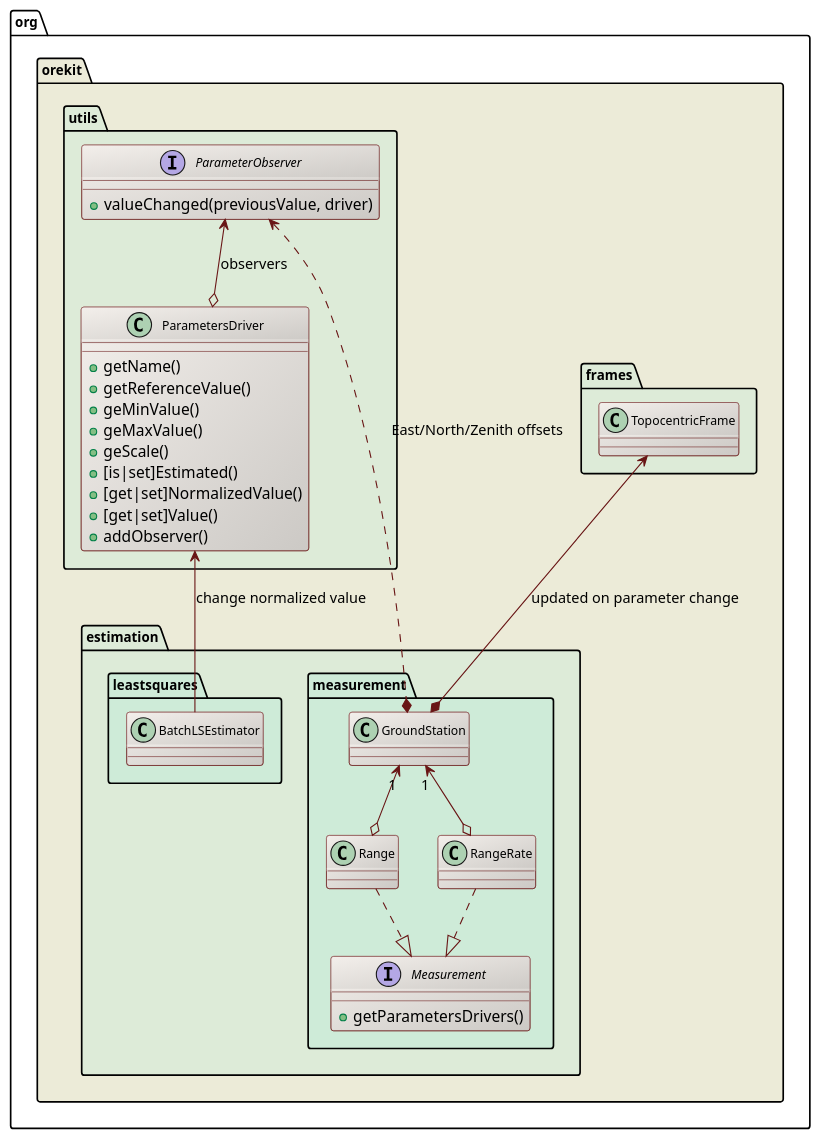
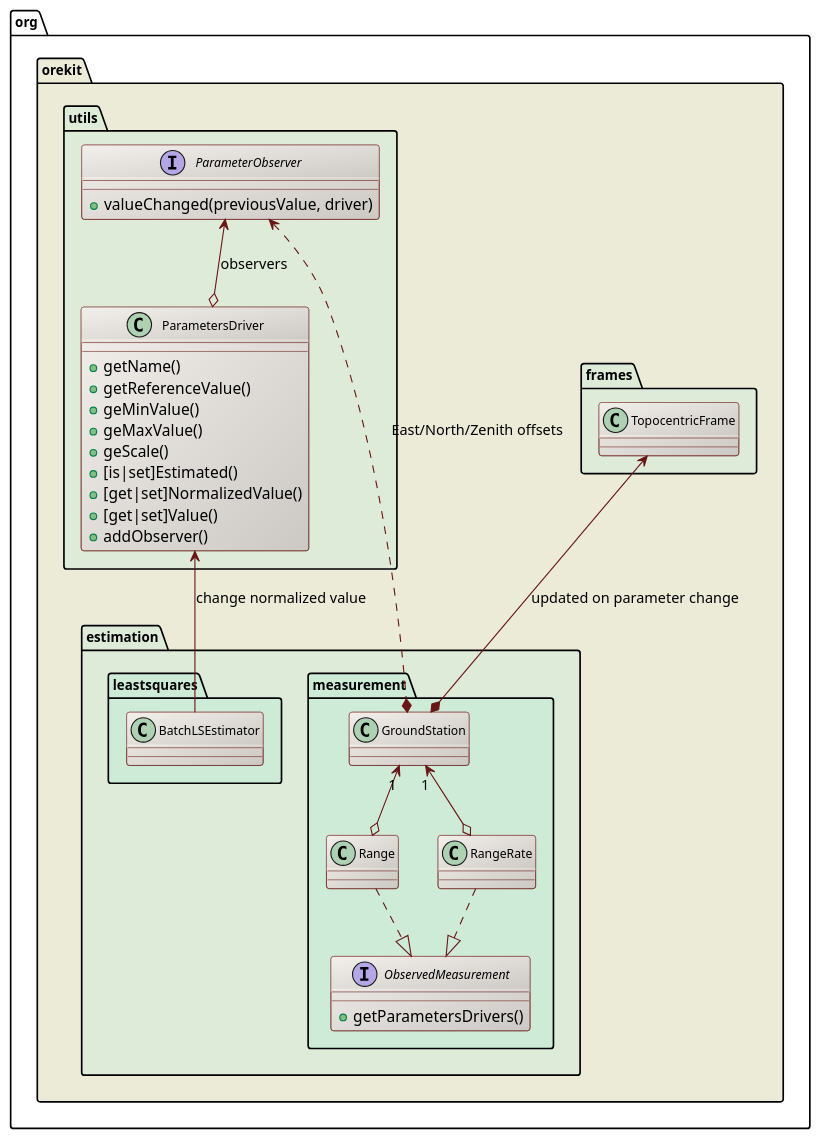
The diagram in src/design/orbit-determination-parameters-class-diagram.puml (CS-SI/Orekit), drawn with PlantUML before and after one commit. The commit also changed 43 other files, not shown here.

```diff
--- a/src/design/orbit-determination-parameters-class-diagram.puml
+++ b/src/design/orbit-determination-parameters-class-diagram.puml
@@ -17,62 +17,62 @@
 @startuml
 
   skinparam svek                  true
   skinparam ClassBackgroundColor  #F3EFEB/CCC9C5
   skinparam ClassArrowColor       #691616
   skinparam ClassBorderColor      #691616
   skinparam NoteBackgroundColor   #F3EFEB
   skinparam NoteBorderColor       #691616
   skinparam NoteFontColor         #691616
   skinparam ClassFontSize         11
   skinparam PackageFontSize       12
 
   package org.orekit #ECEBD8 {
 
     package frames #DDEBD8 {
       class TopocentricFrame
     }
 
     package utils #DDEBD8 {
       interface ParameterObserver {
         +valueChanged(previousValue, driver)
       }
       class ParametersDriver {
         +getName()
         +getReferenceValue()
         +geMinValue()
         +geMaxValue()
         +geScale()
         +[is|set]Estimated()
         +[get|set]NormalizedValue()
         +[get|set]Value()
         +addObserver()
       }
       ParameterObserver <--o ParametersDriver : observers
     }
 
     package estimation #DDEBD8 {
 
       package leastsquares #CEEBD8 { 
         class BatchLSEstimator
       }
 
       ParametersDriver <-- BatchLSEstimator : change normalized value
       package measurement #CEEBD8 {
-        interface Measurement {
+        interface ObservedMeasurement {
           +getParametersDrivers()
         }
         class GroundStation
-        Range     ..|> Measurement
-        RangeRate ..|> Measurement
+        Range     ..|> ObservedMeasurement
+        RangeRate ..|> ObservedMeasurement
         GroundStation "1" <--o Range
         GroundStation "1" <--o RangeRate
         ParameterObserver <..* GroundStation : East/North/Zenith offsets
         TopocentricFrame <--* GroundStation : updated on parameter change
        }
 
     }
 
   }
 
 
 @enduml
```
